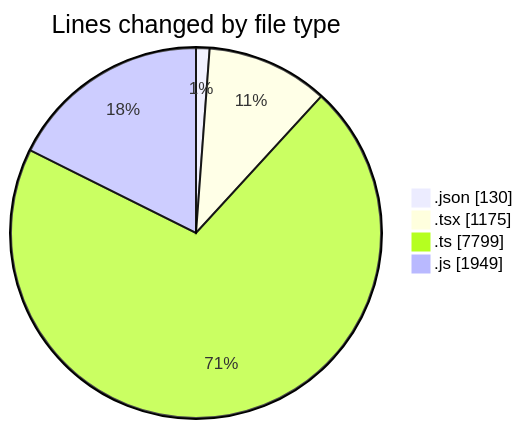
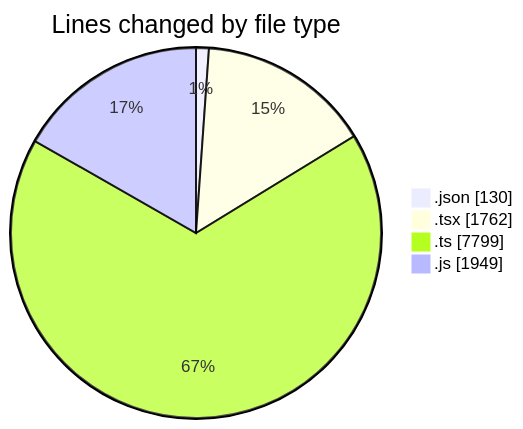
Before and after one commit to momahboobian/code-tracking: the first of 2 diagrams in 2025-07-28/cda/README.md, drawn with Mermaid. The commit also changed other lines of this file and 1 other file, not shown here.

````diff
--- a/2025-07-28/cda/README.md
+++ b/2025-07-28/cda/README.md
@@ -31,8 +31,8 @@
 ```mermaid
 pie showData
 title Lines changed by file type
 ".json" : 130
-".tsx" : 1175
+".tsx" : 1762
 ".ts" : 7799
 ".js" : 1949
 ```
````
